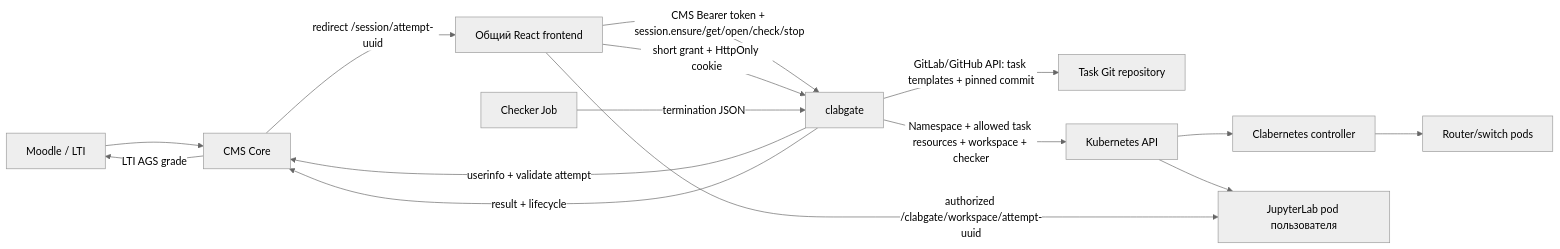
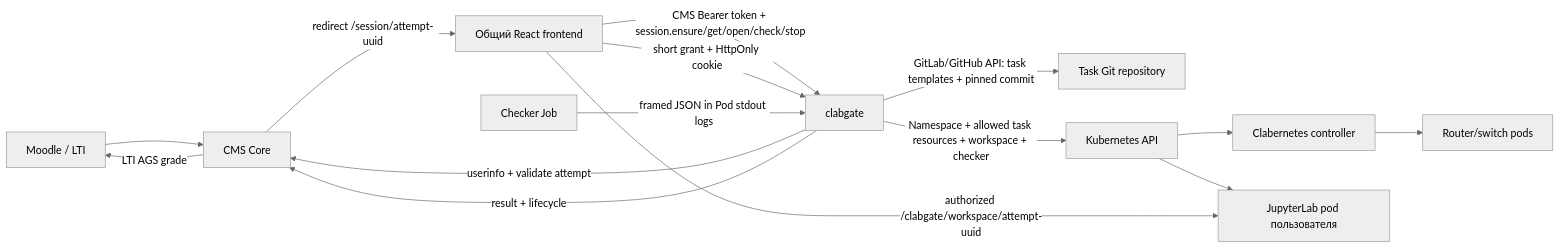
The first of 4 diagrams in clabgate/README.md (cms-lab-core/cms-labs-api), drawn with Mermaid (neutral theme) before and after one commit. The commit also changed other lines of this file and 6 other files, not shown here.

Commit message:
feat(clabgate)!: ingest checker reports from verified pod logs

````diff
--- a/clabgate/README.md
+++ b/clabgate/README.md
@@ -28,17 +28,17 @@
 ```mermaid
 flowchart LR
     Moodle[Moodle / LTI] --> CMS[CMS Core]
     CMS -->|redirect /session/attempt-uuid| Front[Общий React frontend]
     Front -->|CMS Bearer token + session.ensure/get/open/check/stop| Gate[clabgate]
     Gate -->|userinfo + validate attempt| CMS
     Gate -->|GitLab/GitHub API: task templates + pinned commit| Git[Task Git repository]
     Gate -->|Namespace + allowed task resources + workspace + checker| K8s[Kubernetes API]
     K8s --> C9s[Clabernetes controller]
     C9s --> Nodes[Router/switch pods]
     K8s --> Jupyter[JupyterLab pod пользователя]
     Front -->|short grant + HttpOnly cookie| Gate
     Front -->|authorized /clabgate/workspace/attempt-uuid| Jupyter
-    Checker[Checker Job] -->|termination JSON| Gate
+    Checker[Checker Job] -->|framed JSON in Pod stdout logs| Gate
     Gate -->|result + lifecycle| CMS
     CMS -->|LTI AGS grade| Moodle
 ```
````
